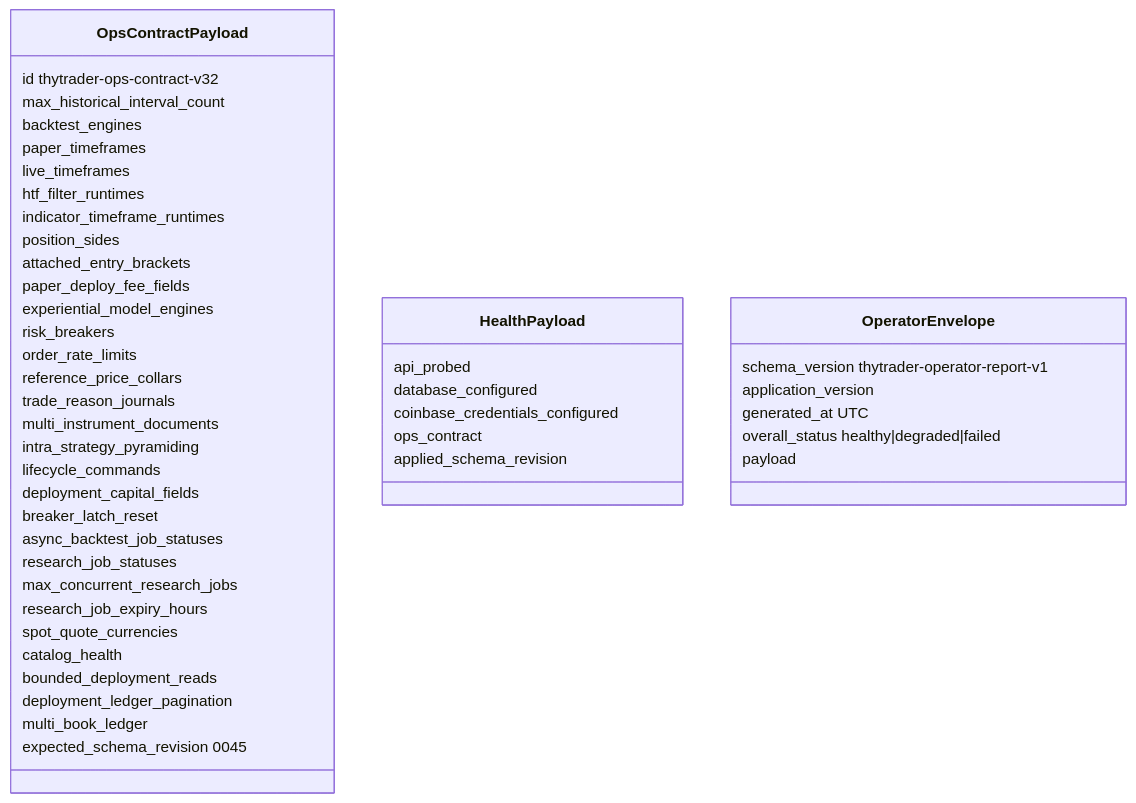
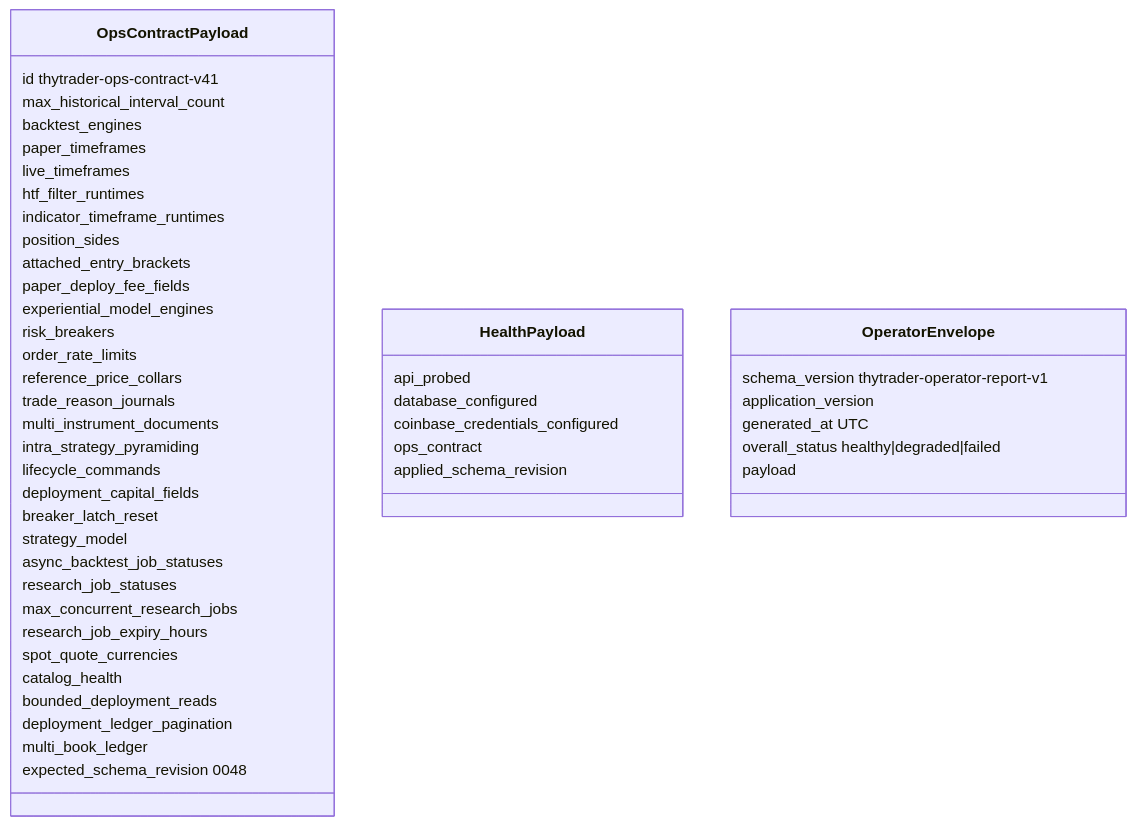
The diagram in docs/architecture/contracts/ops-contract.md (Zoltesh/thytrader), drawn with Mermaid before and after one commit. The commit also changed other lines of this file and 216 other files, not shown here.

First line of the commit message:
feat: strategy-root model — mutable strategies, automatic snapshots, hard delete (ADR 0082)

````diff
--- a/docs/architecture/contracts/ops-contract.md
+++ b/docs/architecture/contracts/ops-contract.md
@@ -45,49 +46,50 @@
 ```mermaid
 classDiagram
   class OpsContractPayload {
-    id thytrader-ops-contract-v32
+    id thytrader-ops-contract-v41
     max_historical_interval_count
     backtest_engines
     paper_timeframes
     live_timeframes
     htf_filter_runtimes
     indicator_timeframe_runtimes
     position_sides
     attached_entry_brackets
     paper_deploy_fee_fields
     experiential_model_engines
     risk_breakers
     order_rate_limits
     reference_price_collars
     trade_reason_journals
     multi_instrument_documents
     intra_strategy_pyramiding
     lifecycle_commands
     deployment_capital_fields
     breaker_latch_reset
+    strategy_model
     async_backtest_job_statuses
     research_job_statuses
     max_concurrent_research_jobs
     research_job_expiry_hours
     spot_quote_currencies
     catalog_health
     bounded_deployment_reads
     deployment_ledger_pagination
     multi_book_ledger
-    expected_schema_revision 0045
+    expected_schema_revision 0048
   }
   class HealthPayload {
     api_probed
     database_configured
     coinbase_credentials_configured
     ops_contract
     applied_schema_revision
   }
   class OperatorEnvelope {
     schema_version thytrader-operator-report-v1
     application_version
     generated_at UTC
     overall_status healthy|degraded|failed
     payload
   }
 ```
````
